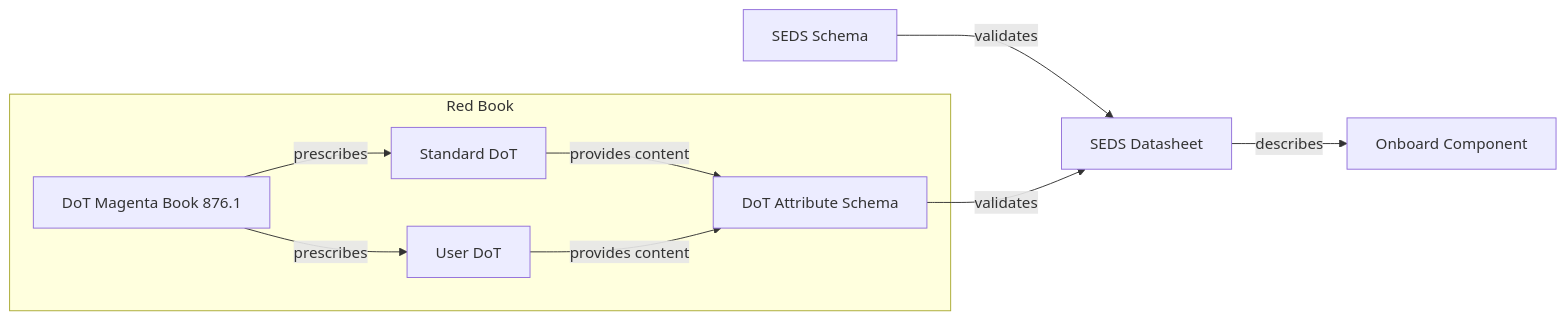
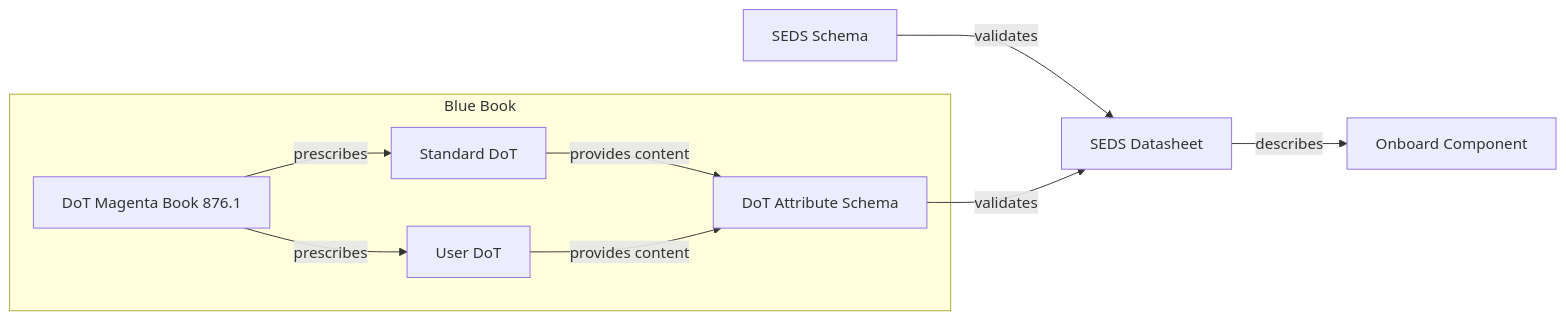
The first of 2 diagrams in README.md (GaloisInc/seds-rs), drawn with Mermaid before and after one commit. The commit also changed 1 other file, not shown here.

Commit message:
add SEDS requirement doc

````diff
--- a/README.md
+++ b/README.md
@@ -18,20 +18,20 @@
 ```mermaid
 graph LR
     Book --prescribes--> SDot
     Book --prescribes--> UDot
     SDot --provides content--> DASchema
     UDot --provides content--> DASchema
     SSchema --validates--> Datasheet
     DASchema --validates--> Datasheet
     Datasheet --describes--> Component
 
-    subgraph Red Book
+    subgraph Blue Book
     Book[DoT Magenta Book 876.1]
     SDot[Standard DoT]
     UDot[User DoT]
     DASchema[DoT Attribute Schema]
     end
     SSchema[SEDS Schema]
     Datasheet[SEDS Datasheet]
     Component[Onboard Component]
 ```
````
